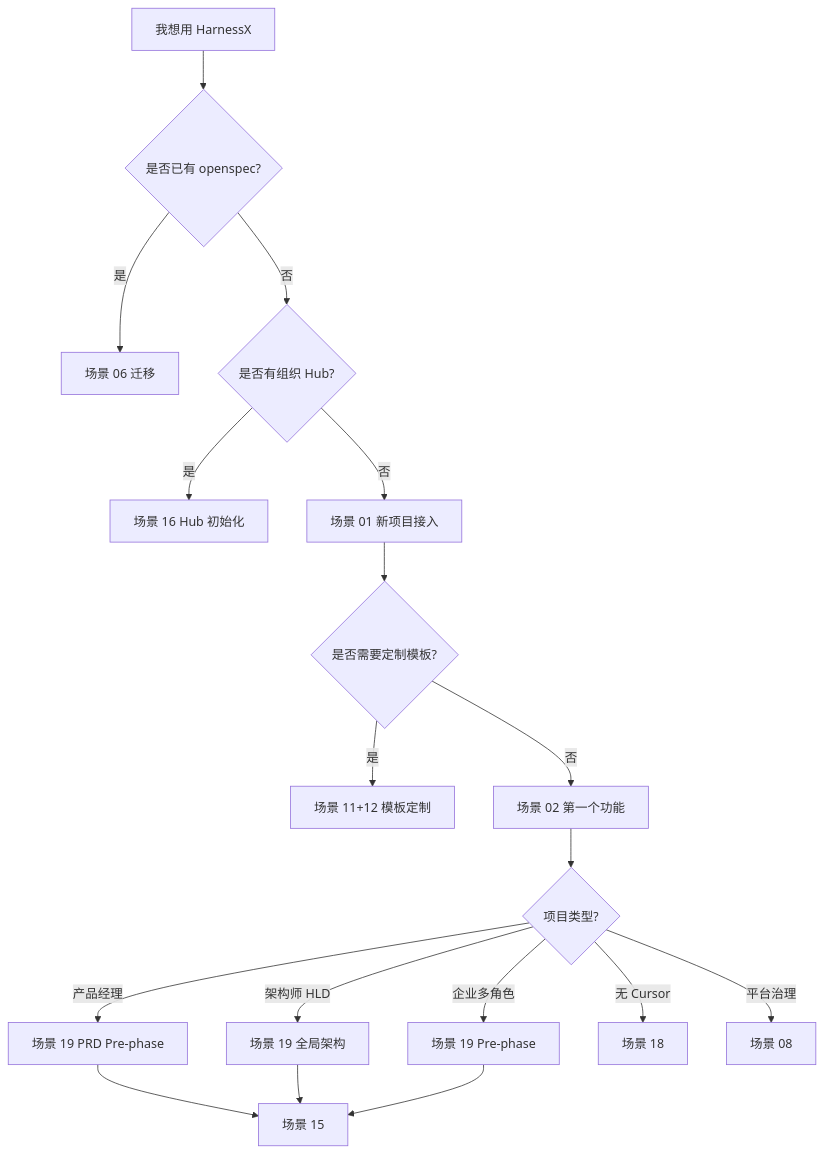
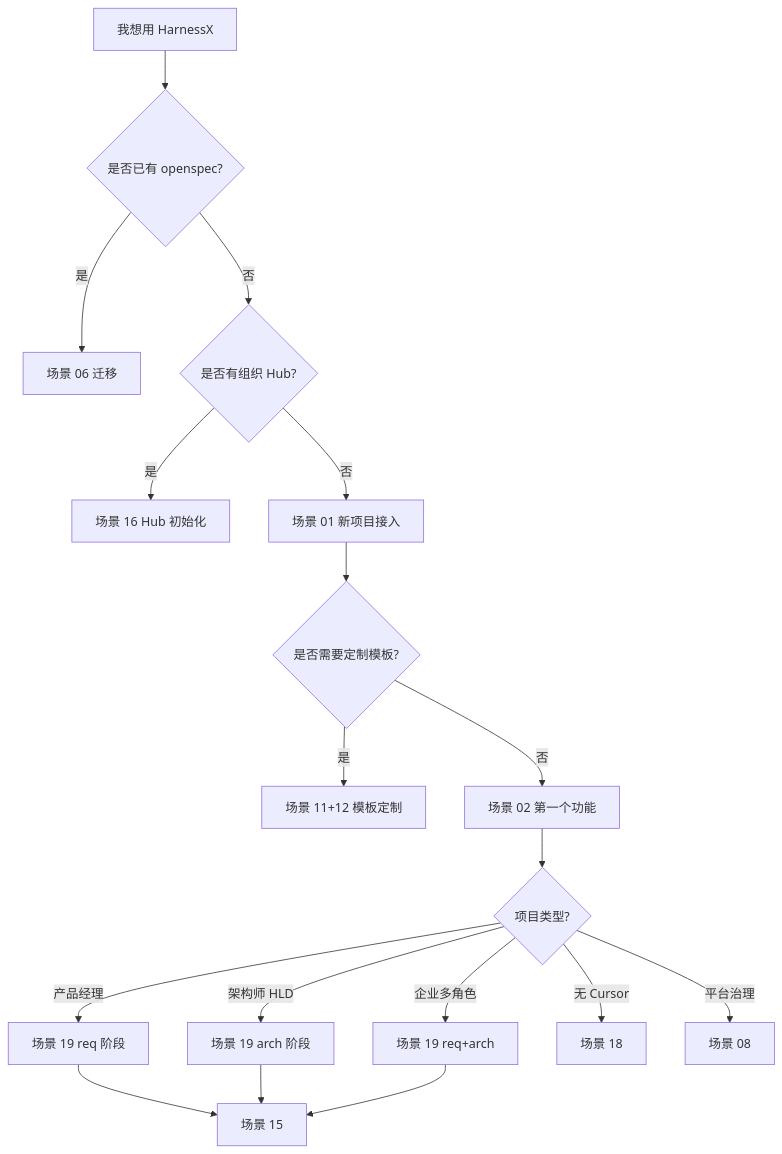
One commit to llm-insights-share/harnessX changed the second of 2 diagrams in docs/usage-guide.zh-CN.md. Above: the diagram before and after it, drawn with Mermaid. The commit also changed other lines of this file and 45 other files, not shown here.

````diff
--- a/docs/usage-guide.zh-CN.md
+++ b/docs/usage-guide.zh-CN.md
@@ -842,20 +839,20 @@
 ```mermaid
 flowchart TD
   Start[我想用 HarnessX] --> Q1{是否已有 openspec?}
   Q1 -->|是| S06[场景 06 迁移]
   Q1 -->|否| Q2{是否有组织 Hub?}
   Q2 -->|是| S16[场景 16 Hub 初始化]
   Q2 -->|否| S01[场景 01 新项目接入]
   S01 --> Q3{是否需要定制模板?}
   Q3 -->|是| S11[场景 11+12 模板定制]
   Q3 -->|否| S02[场景 02 第一个功能]
   S02 --> Q4{项目类型?}
-  Q4 -->|产品经理| S19PM[场景 19 PRD Pre-phase]
-  Q4 -->|架构师 HLD| S19Arch[场景 19 全局架构]
+  Q4 -->|产品经理| S19PM[场景 19 req 阶段]
+  Q4 -->|架构师 HLD| S19Arch[场景 19 arch 阶段]
   S19PM --> S15[场景 15]
   S19Arch --> S15
-  Q4 -->|企业多角色| S19[场景 19 Pre-phase]
+  Q4 -->|企业多角色| S19[场景 19 req+arch]
   S19 --> S15[场景 15]
   Q4 -->|无 Cursor| S18[场景 18]
   Q4 -->|平台治理| S08[场景 08]
 ```
````
